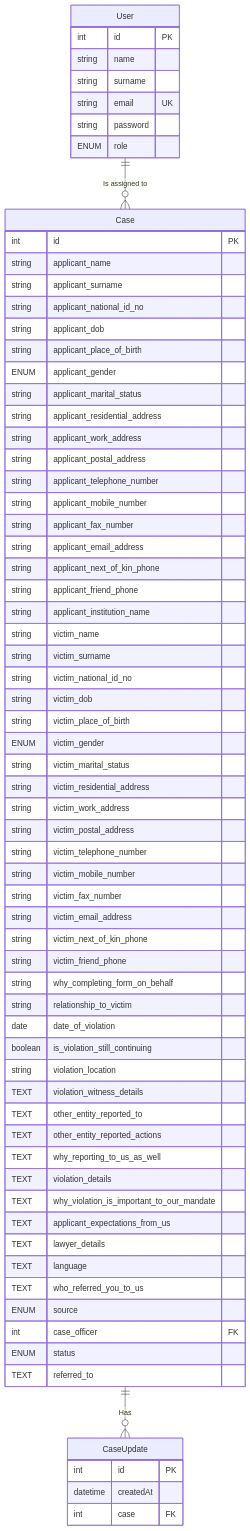
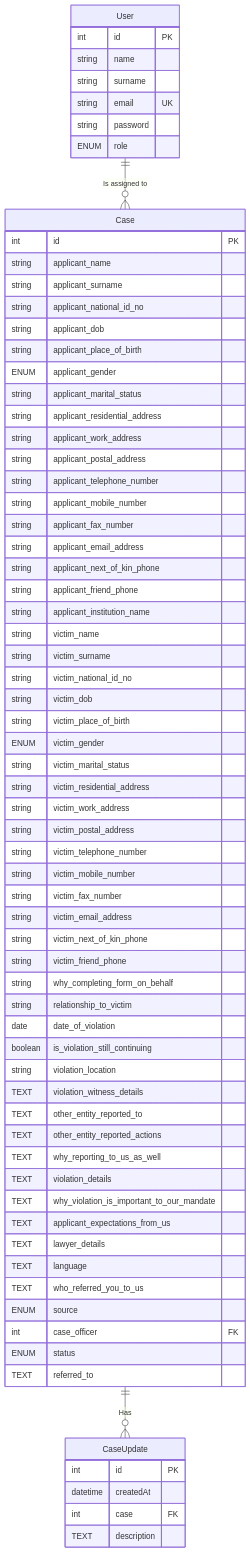
The diagram in design/ERD.md (hilaar28/zgc-case-management), drawn with Mermaid before and after one commit.

Commit message:
added description attribute to CaseUpdate entity

```diff
--- a/design/ERD.md
+++ b/design/ERD.md
@@ -75,6 +75,7 @@
       int id PK
       datetime createdAt
       int case FK
+      TEXT description
    }
 
    Case ||--o{ CaseUpdate: "Has"
```
